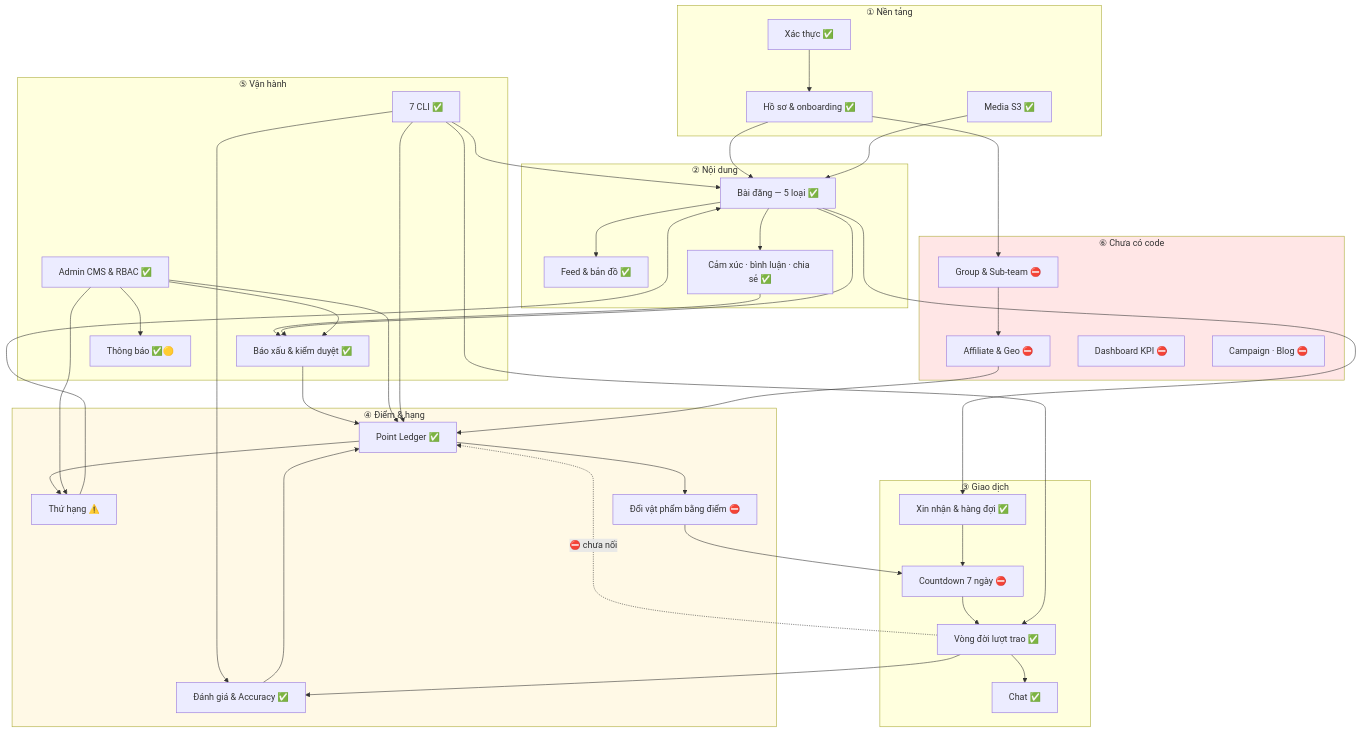
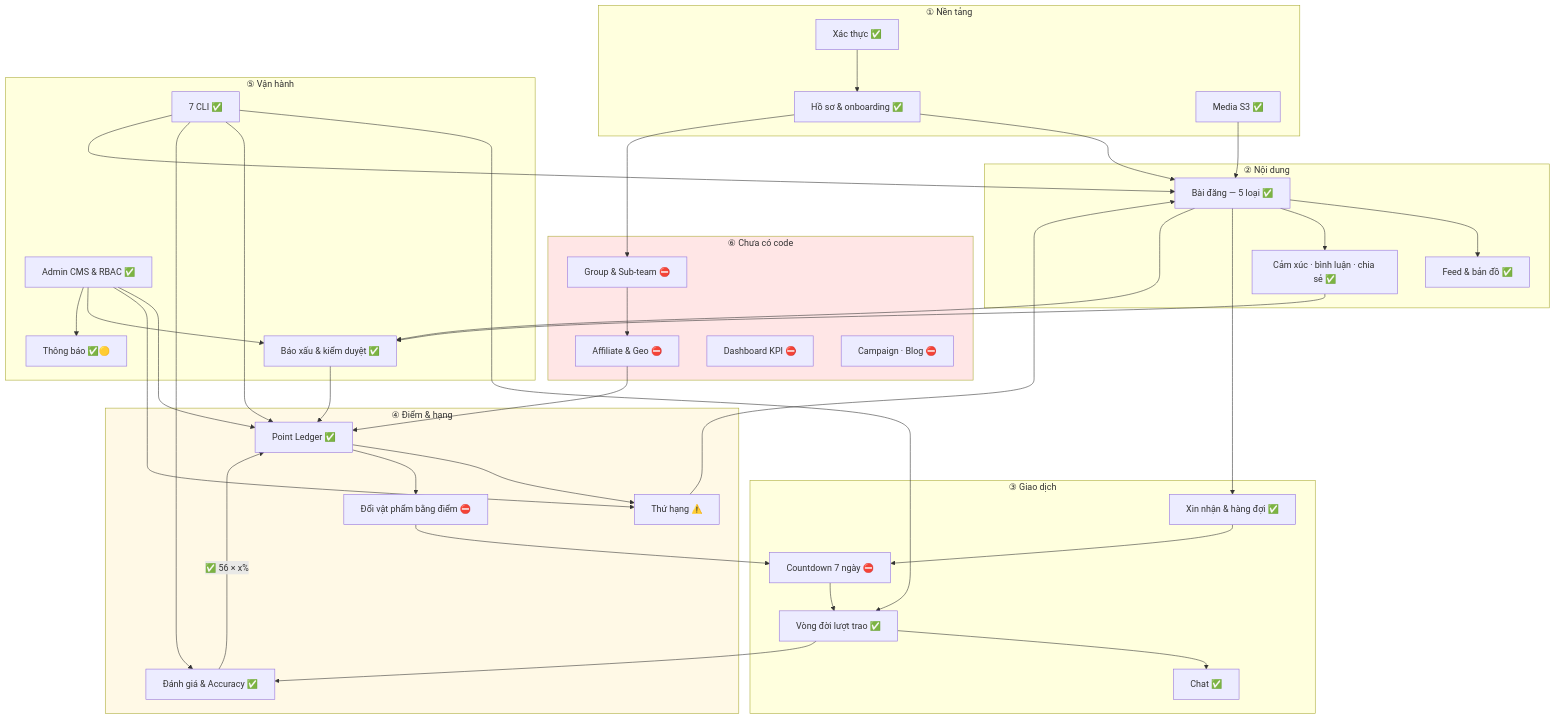
One commit to fdshn/trueheart changed the first of 4 diagrams in docs/diagram/20-overview.md. Above: the diagram before and after it, drawn with Mermaid. The commit also changed other lines of this file and 24 other files, not shown here.

````diff
--- a/docs/diagram/20-overview.md
+++ b/docs/diagram/20-overview.md
@@ -8,72 +8,71 @@
 ```mermaid
 flowchart TB
     subgraph T1["① Nền tảng"]
         AUTH["Xác thực ✅"]
         PROF["Hồ sơ & onboarding ✅"]
         MEDIA["Media S3 ✅"]
     end
 
     subgraph T2["② Nội dung"]
         POST["Bài đăng — 5 loại ✅"]
         FEED["Feed & bản đồ ✅"]
         INT["Cảm xúc · bình luận · chia sẻ ✅"]
     end
 
     subgraph T3["③ Giao dịch"]
         REQ["Xin nhận & hàng đợi ✅"]
         SEL["Countdown 7 ngày ⛔"]
         TX["Vòng đời lượt trao ✅"]
         CHAT["Chat ✅"]
     end
 
     subgraph T4["④ Điểm & hạng"]
         PT["Point Ledger ✅"]
         RANK["Thứ hạng ⚠️"]
         REV["Đánh giá & Accuracy ✅"]
         RED["Đổi vật phẩm bằng điểm ⛔"]
     end
 
     subgraph T5["⑤ Vận hành"]
         REP["Báo xấu & kiểm duyệt ✅"]
         ADM["Admin CMS & RBAC ✅"]
         JOB["7 CLI ✅"]
         NOTI["Thông báo ✅🟡"]
     end
 
     subgraph T6["⑥ Chưa có code"]
         GRP["Group & Sub-team ⛔"]
         AFF["Affiliate & Geo ⛔"]
         KPI["Dashboard KPI ⛔"]
         CMS["Campaign · Blog ⛔"]
     end
 
     AUTH --> PROF --> POST
     MEDIA --> POST
     POST --> FEED
     POST --> INT
     POST --> REQ --> SEL --> TX
     TX --> CHAT
     TX --> REV
-    TX -.->|"⛔ chưa nối"| PT
-    REV --> PT
+    REV -->|"✅ 56 × x%"| PT
     PT --> RANK
     RANK --> POST
     PT --> RED
     RED --> SEL
     INT --> REP
     POST --> REP
     REP --> PT
     ADM --> PT
     ADM --> RANK
     ADM --> REP
     ADM --> NOTI
     JOB --> TX
     JOB --> PT
     JOB --> REV
     JOB --> POST
     GRP --> AFF --> PT
     PROF --> GRP
 
     style T6 fill:#ffe6e6
     style T4 fill:#fff9e6
 ```
````
